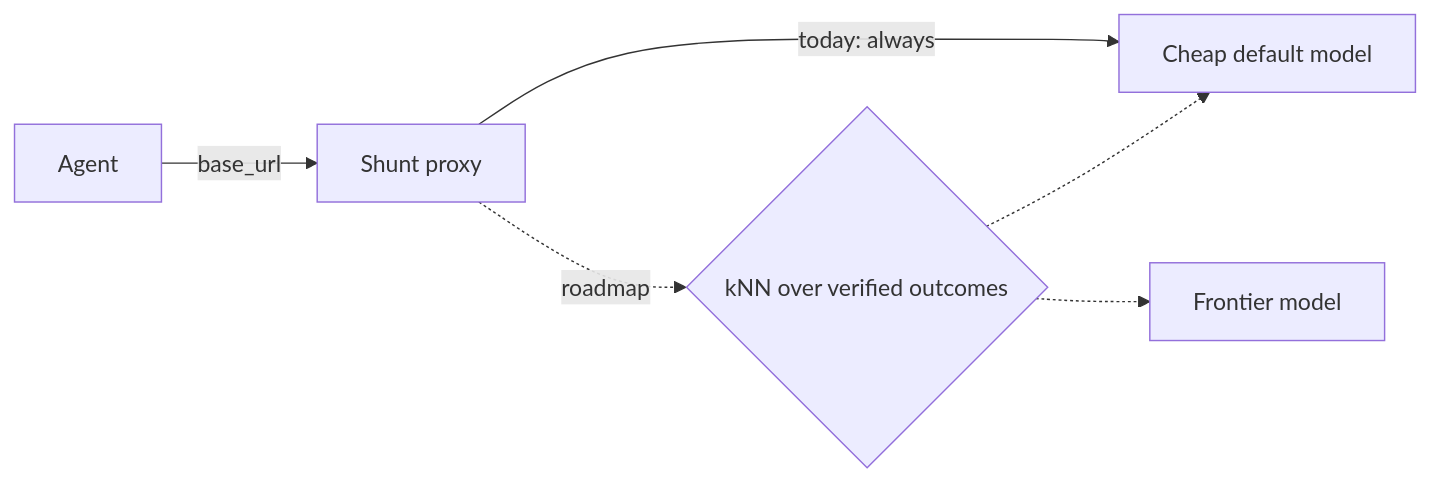
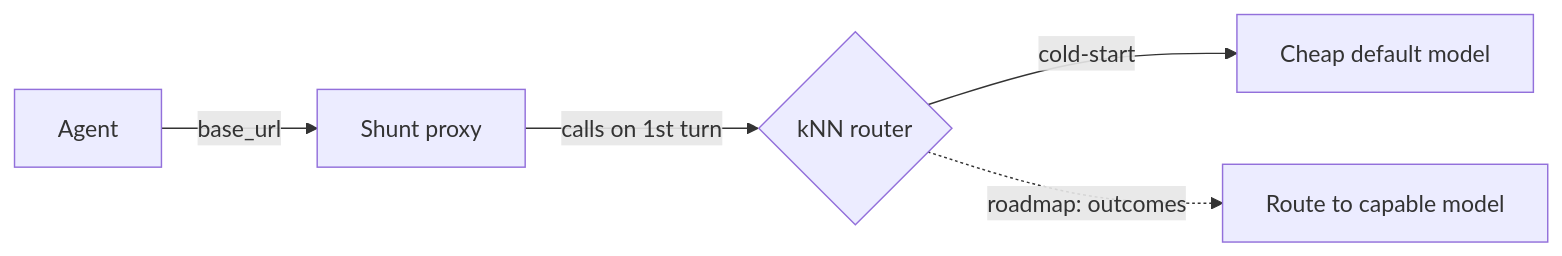
The diagram in docs/index.md (KookaS/shunt), drawn with Mermaid before and after one commit. The commit also changed other lines of this file and 143 other files, not shown here.

Commit message:
fix(router,proxy): route on task text, redact upstream errors, bind the explore budget

````diff
--- a/docs/index.md
+++ b/docs/index.md
@@ -15,8 +18,7 @@
 ```mermaid
 graph LR
   A[Agent] -->|base_url| B[Shunt proxy]
-  B -->|today: always| D[Cheap default model]
-  B -.->|roadmap| C{kNN over verified outcomes}
-  C -.-> D
-  C -.-> E[Frontier model]
+  B -->|calls on 1st turn| C{kNN router}
+  C -->|cold-start| D[Cheap default model]
+  C -.->|roadmap: outcomes| E[Route to capable model]
 ```
````
